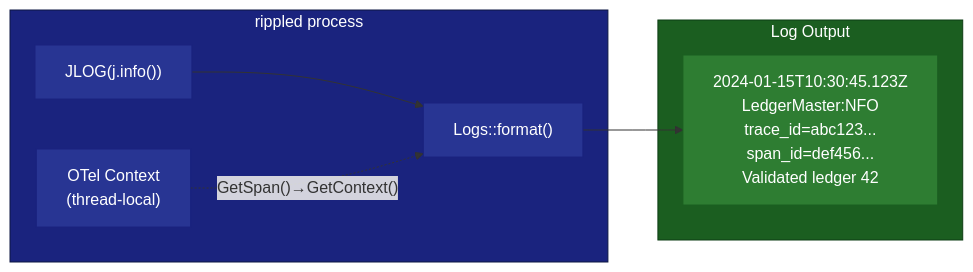
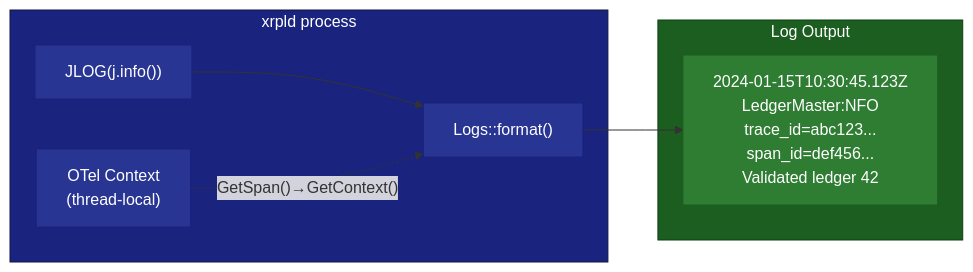
The second of 7 diagrams in OpenTelemetryPlan/06-implementation-phases.md (XRPLF/rippled), drawn with Mermaid before and after one commit. The commit also changed other lines of this file and 4 other files, not shown here.

Commit message:
fix: address CI rename checks (rippled -> xrpld) in phase-8 docs

````diff
--- a/OpenTelemetryPlan/06-implementation-phases.md
+++ b/OpenTelemetryPlan/06-implementation-phases.md
@@ -423,23 +423,23 @@
 ```mermaid
 flowchart LR
-    subgraph rippled["rippled process"]
+    subgraph xrpld["xrpld process"]
         JLOG["JLOG(j.info())"]
         Format["Logs::format()"]
         OTelCtx["OTel Context<br/>(thread-local)"]
         JLOG --> Format
         OTelCtx -.->|"GetSpan()→GetContext()"| Format
     end
 
     subgraph output["Log Output"]
         LogLine["2024-01-15T10:30:45.123Z<br/>LedgerMaster:NFO<br/>trace_id=abc123...<br/>span_id=def456...<br/>Validated ledger 42"]
     end
 
     Format --> LogLine
 
-    style rippled fill:#1a237e,stroke:#0d1642,color:#fff
+    style xrpld fill:#1a237e,stroke:#0d1642,color:#fff
     style output fill:#1b5e20,stroke:#0d3d14,color:#fff
     style JLOG fill:#283593,stroke:#1a237e,color:#fff
     style Format fill:#283593,stroke:#1a237e,color:#fff
     style OTelCtx fill:#283593,stroke:#1a237e,color:#fff
     style LogLine fill:#2e7d32,stroke:#1b5e20,color:#fff
 ```
````
